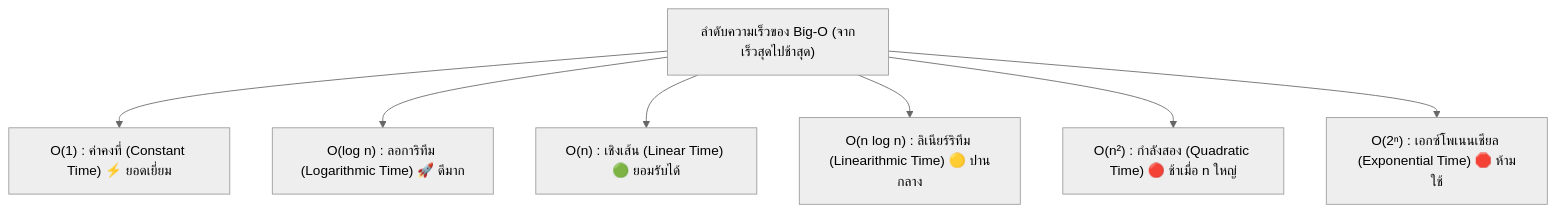
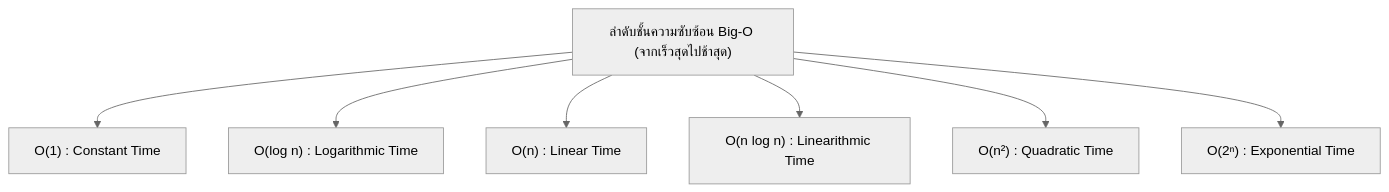
The diagram in book2_chapters/chapter01_algorithmic_design_and_big_o.md (Tsanaphy2023/computing-science), drawn with Mermaid (neutral theme) before and after one commit. The commit also changed other lines of this file and 7 other files, not shown here.

````diff
--- a/book2_chapters/chapter01_algorithmic_design_and_big_o.md
+++ b/book2_chapters/chapter01_algorithmic_design_and_big_o.md
@@ -39,10 +54,10 @@
 ```mermaid
 graph TD
-    BigO["ลำดับความเร็วของ Big-O (จากเร็วสุดไปช้าสุด)"]
-    BigO --> O1["O(1) : ค่าคงที่ (Constant Time) ⚡ ยอดเยี่ยม"]
-    BigO --> Ologn["O(log n) : ลอการิทึม (Logarithmic Time) 🚀 ดีมาก"]
-    BigO --> On["O(n) : เชิงเส้น (Linear Time) 🟢 ยอมรับได้"]
-    BigO --> Onlogn["O(n log n) : ลิเนียร์ริทึม (Linearithmic Time) 🟡 ปานกลาง"]
-    BigO --> On2["O(n²) : กำลังสอง (Quadratic Time) 🔴 ช้าเมื่อ n ใหญ่"]
-    BigO --> O2n["O(2ⁿ) : เอกซ์โพเนนเชียล (Exponential Time) 🛑 ห้ามใช้"]
+    BigO["ลำดับชั้นความซับซ้อน Big-O (จากเร็วสุดไปช้าสุด)"]
+    BigO --> O1["O(1) : Constant Time"]
+    BigO --> Olog["O(log n) : Logarithmic Time"]
+    BigO --> On["O(n) : Linear Time"]
+    BigO --> Onlog["O(n log n) : Linearithmic Time"]
+    BigO --> On2["O(n²) : Quadratic Time"]
+    BigO --> O2n["O(2ⁿ) : Exponential Time"]
 ```
````
